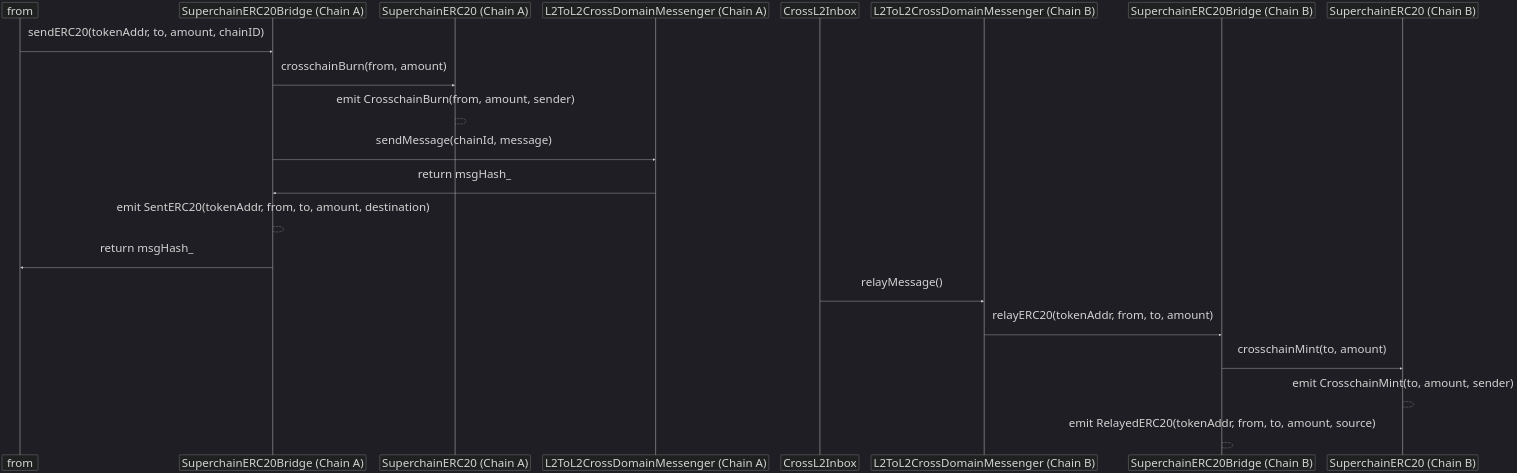
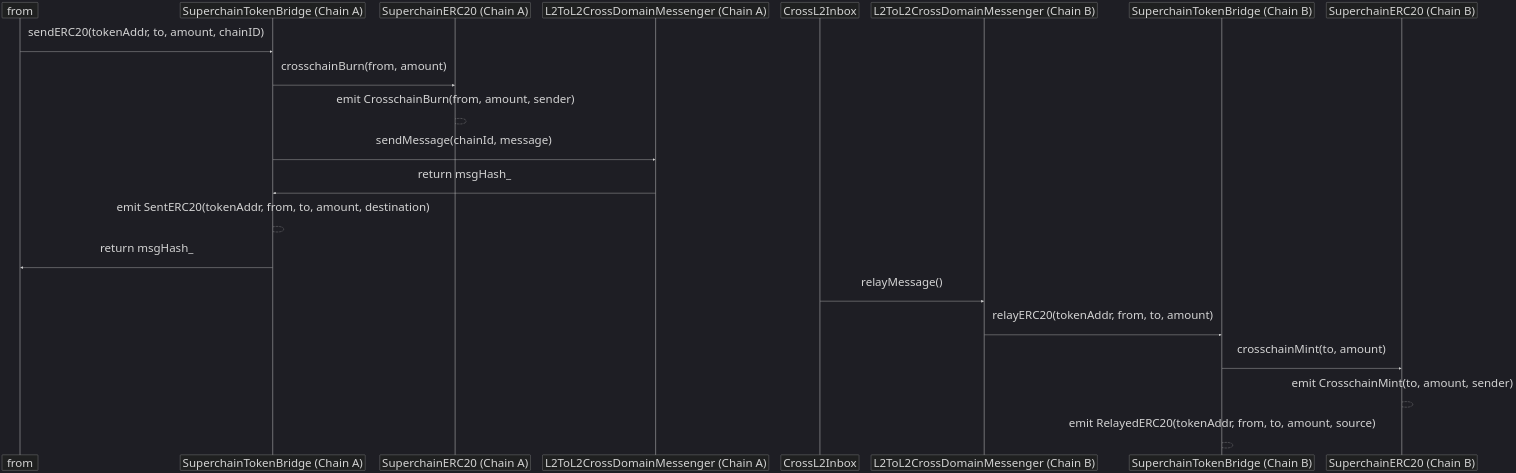
The first of 3 diagrams in specs/interop/token-bridging.md (ethereum-optimism/specs), drawn with Mermaid before and after one commit. The commit also changed other lines of this file, not shown here.

Commit message:
specs: rename SuperchainERC20Bridge to SuperchainTokenBridge

````diff
--- a/specs/interop/token-bridging.md
+++ b/specs/interop/token-bridging.md
@@ -132,29 +132,29 @@
 ```mermaid
 ---
 config:
   theme: dark
   fontSize: 48 
 ---
 sequenceDiagram
   participant from
-  participant L2SBA as SuperchainERC20Bridge (Chain A)
+  participant L2SBA as SuperchainTokenBridge (Chain A)
   participant SuperERC20_A as SuperchainERC20 (Chain A)
   participant Messenger_A as L2ToL2CrossDomainMessenger (Chain A)
   participant Inbox as CrossL2Inbox
   participant Messenger_B as L2ToL2CrossDomainMessenger (Chain B)
-  participant L2SBB as SuperchainERC20Bridge (Chain B)
+  participant L2SBB as SuperchainTokenBridge (Chain B)
   participant SuperERC20_B as SuperchainERC20 (Chain B)
 
   from->>L2SBA: sendERC20(tokenAddr, to, amount, chainID)
   L2SBA->>SuperERC20_A: crosschainBurn(from, amount)
   SuperERC20_A-->SuperERC20_A: emit CrosschainBurn(from, amount, sender)
   L2SBA->>Messenger_A: sendMessage(chainId, message)
   Messenger_A->>L2SBA: return msgHash_
   L2SBA-->L2SBA: emit SentERC20(tokenAddr, from, to, amount, destination)
   L2SBA->>from: return msgHash_
   Inbox->>Messenger_B: relayMessage()
   Messenger_B->>L2SBB: relayERC20(tokenAddr, from, to, amount)
   L2SBB->>SuperERC20_B: crosschainMint(to, amount)
   SuperERC20_B-->SuperERC20_B: emit CrosschainMint(to, amount, sender)
   L2SBB-->L2SBB: emit RelayedERC20(tokenAddr, from, to, amount, source)
 ```
````
